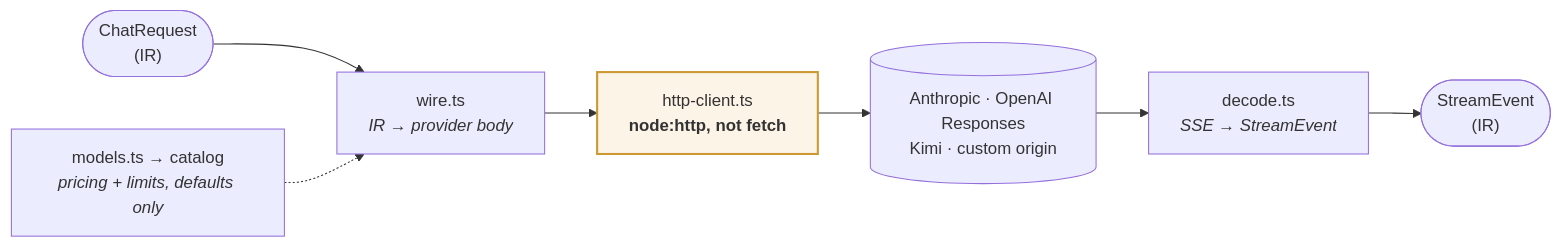
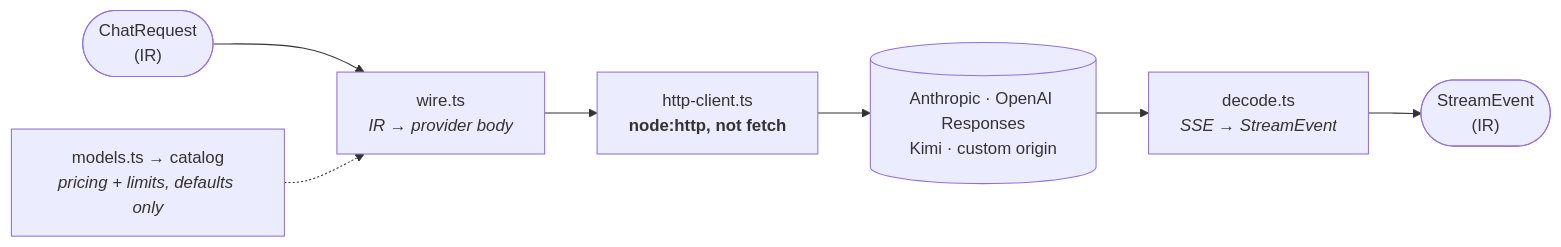
One commit to harismawan/omnigateway changed the fourth of 7 diagrams in ARCHITECTURE.md. Above: the diagram before and after it, drawn with Mermaid. The commit also changed other lines of this file and 1 other file, not shown here.

First line of the commit message:
docs: use a single box colour in all diagrams

````diff
--- a/ARCHITECTURE.md
+++ b/ARCHITECTURE.md
@@ -154,12 +144,9 @@
 ```mermaid
 flowchart LR
   ir(["ChatRequest<br/>(IR)"]) --> wire["wire.ts<br/><i>IR → provider body</i>"]
   wire --> http["http-client.ts<br/><b>node:http, not fetch</b>"]
   http --> up[("Anthropic · OpenAI Responses<br/>Kimi · custom origin")]
   up --> dec["decode.ts<br/><i>SSE → StreamEvent</i>"]
   dec --> ev(["StreamEvent<br/>(IR)"])
   cat["models.ts → catalog<br/><i>pricing + limits, defaults only</i>"] -.-> wire
-
-  classDef odd fill:#fdf4e8,stroke:#c93,stroke-width:2px
-  class http odd
 ```
````
